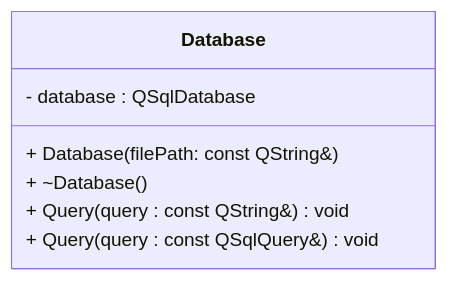
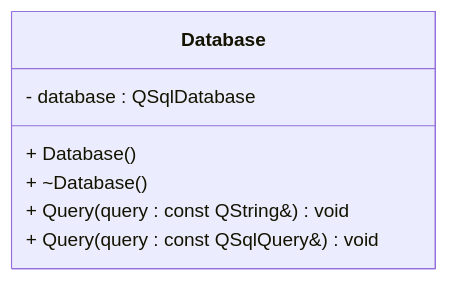
One commit to SUP3RBOB/project4_section1_group4 changed the fourth of 4 diagrams in README.md. Above: the diagram before and after it, drawn with Mermaid.

````diff
--- a/README.md
+++ b/README.md
@@ -107,10 +107,10 @@
 ```mermaid
     classDiagram
         class Database {
-            + Database(filePath: const QString&)
+            + Database()
             + ~Database()
             - database : QSqlDatabase
             + Query(query : const QString&) void
             + Query(query : const QSqlQuery&) void
         }
 ```
````
